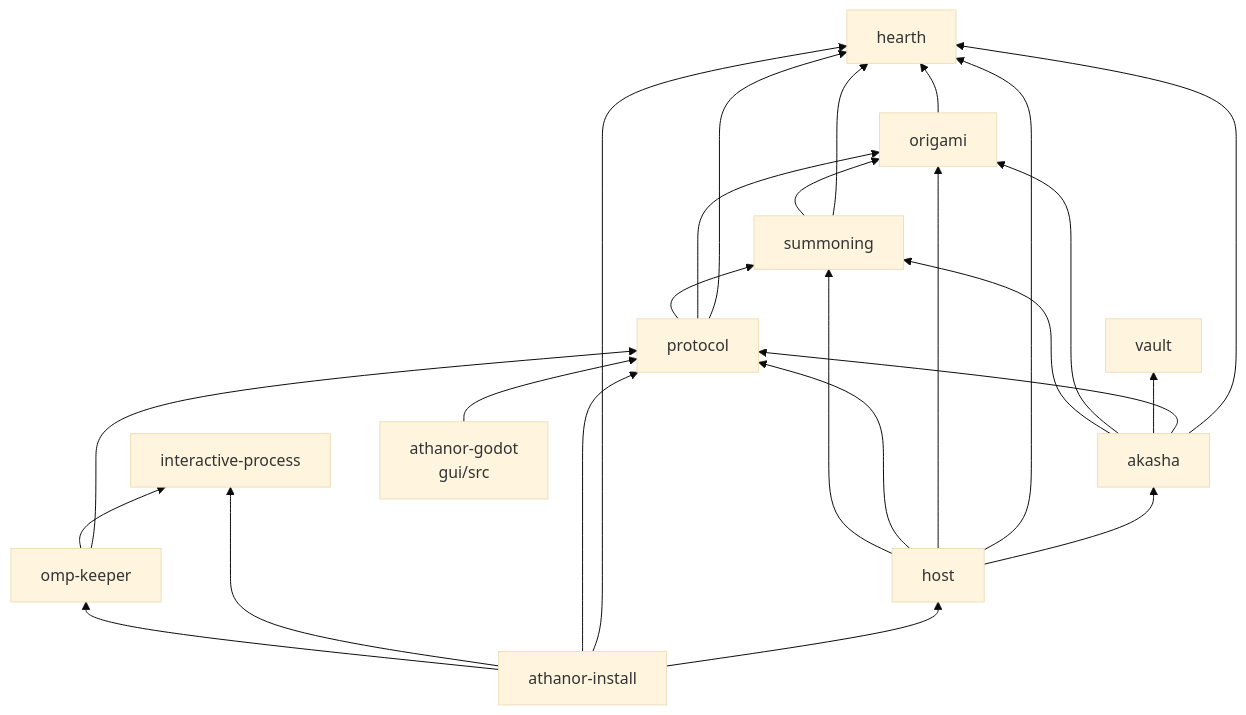
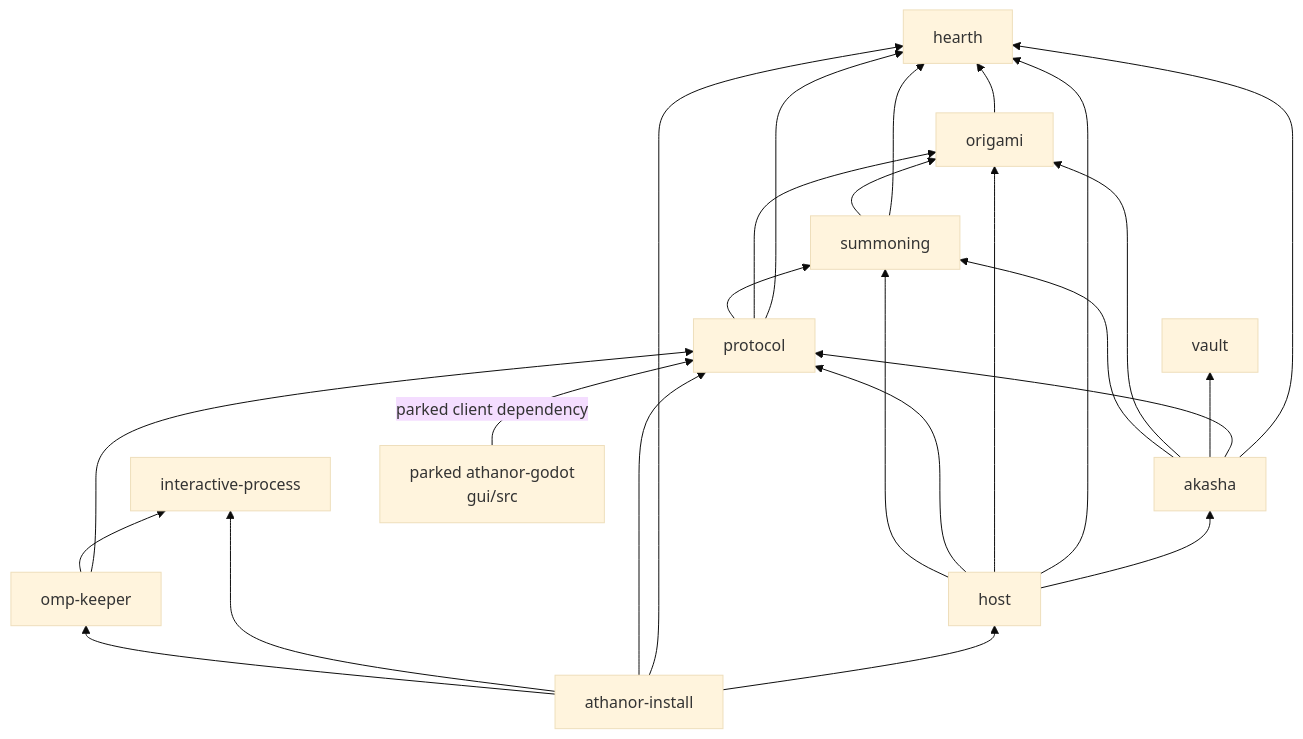
Before and after one commit to solarisael/the-athanor: the second of 16 diagrams in docs/CODE_FLOW_MAP.md, drawn with Mermaid (base theme). The commit also changed other lines of this file and 15 other files, not shown here.

First line of the commit message:
docs: the web prototype is the operator door; Godot is parked

````diff
--- a/docs/CODE_FLOW_MAP.md
+++ b/docs/CODE_FLOW_MAP.md
@@ -88,39 +90,39 @@
 ```mermaid
 flowchart BT
     Hearth["hearth"]
     Origami["origami"]
     Summoning["summoning"]
     Protocol["protocol"]
     Vault["vault"]
     Akasha["akasha"]
     Host["host"]
     Keeper["omp-keeper"]
     Interactive["interactive-process"]
     Install["athanor-install"]
-    Godot["athanor-godot<br/>gui/src"]
+    Godot["parked athanor-godot<br/>gui/src"]
 
     Origami --> Hearth
     Summoning --> Hearth
     Summoning --> Origami
     Protocol --> Hearth
     Protocol --> Origami
     Protocol --> Summoning
     Akasha --> Hearth
     Akasha --> Protocol
     Akasha --> Vault
     Akasha --> Origami
     Akasha --> Summoning
     Host --> Akasha
     Host --> Hearth
     Host --> Origami
     Host --> Protocol
     Host --> Summoning
     Keeper --> Protocol
     Keeper --> Interactive
     Install --> Host
     Install --> Hearth
     Install --> Protocol
     Install --> Interactive
     Install --> Keeper
-    Godot --> Protocol
+    Godot -->|parked client dependency| Protocol
 ```
````
